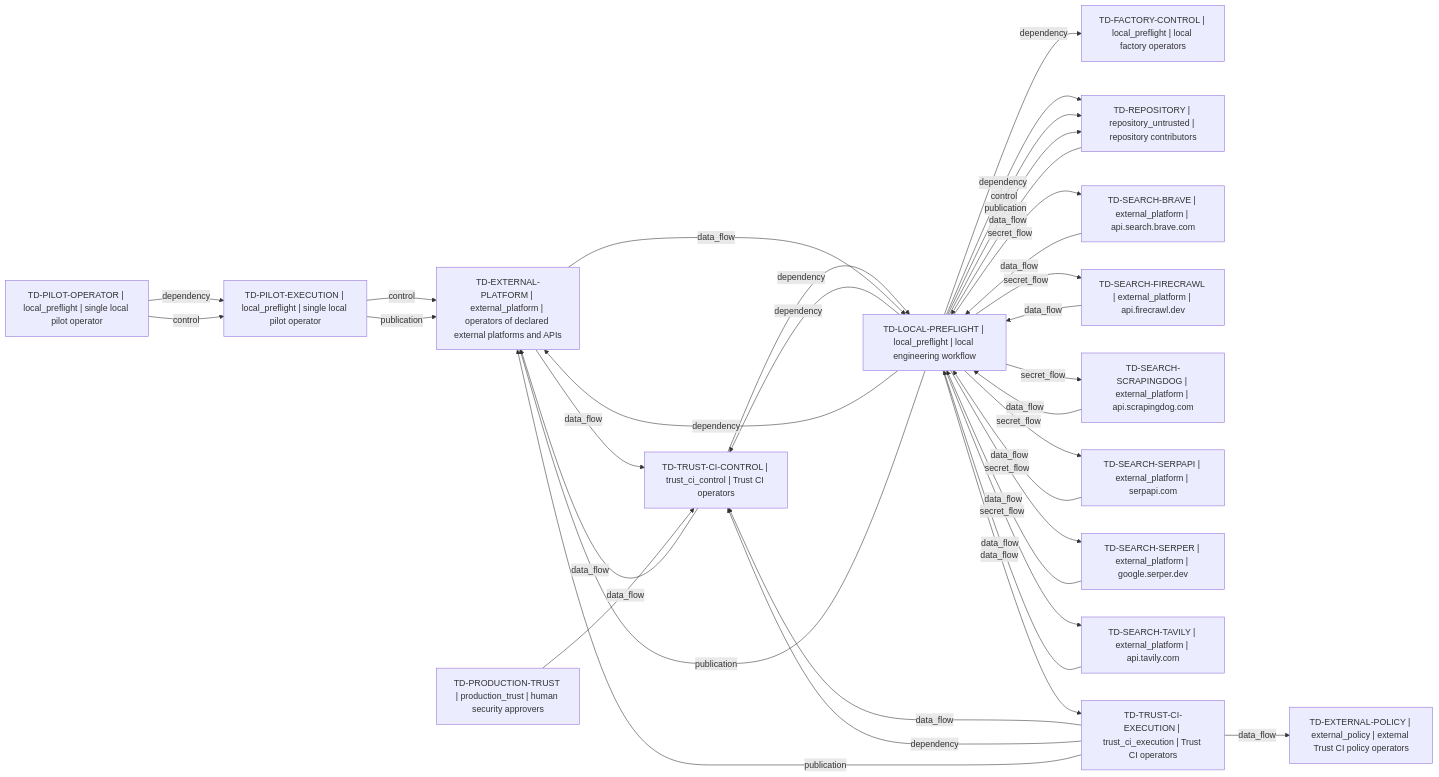
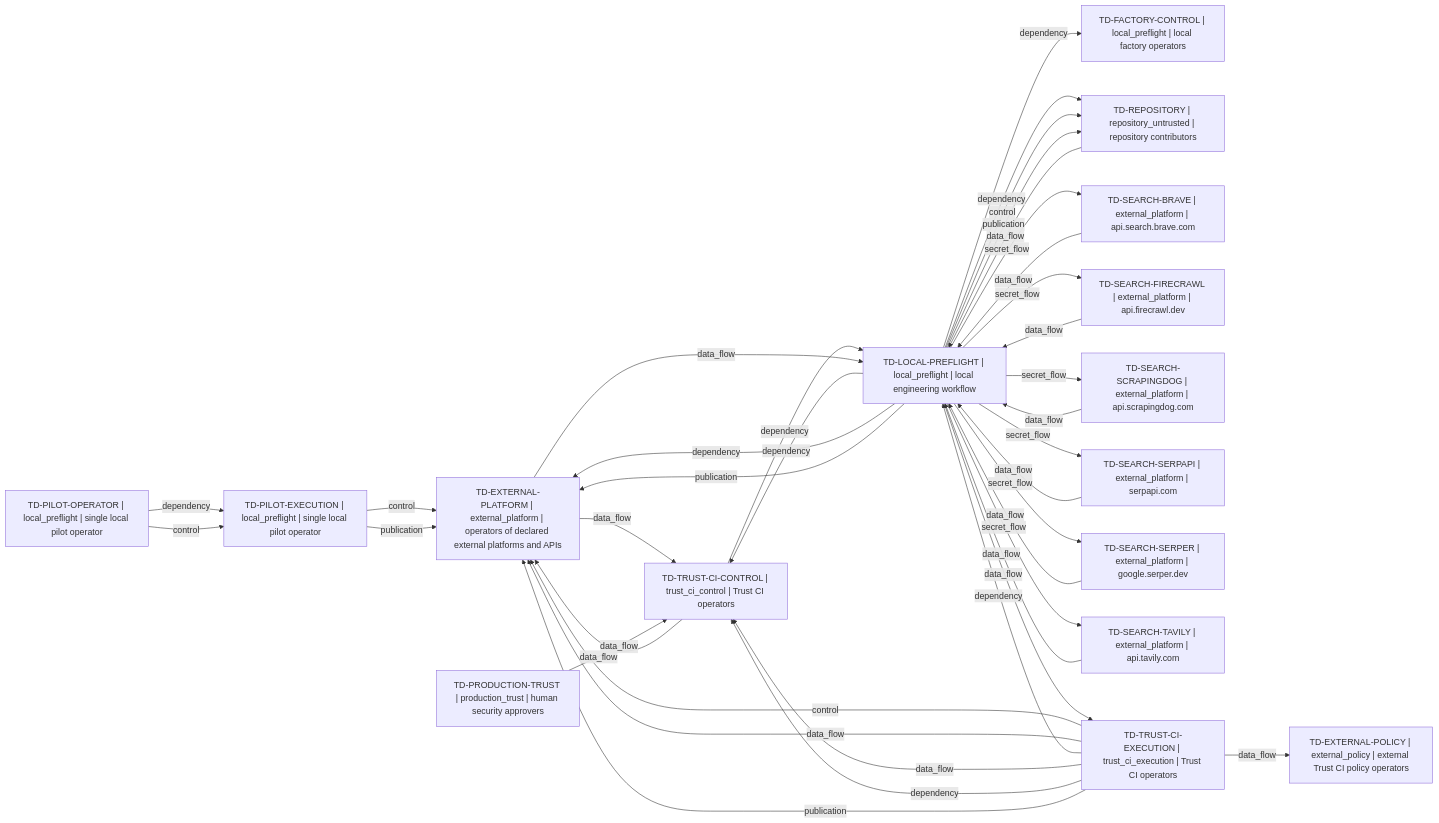
Before and after one commit to Dimkox/Getzilla: the diagram in architecture/generated/context.mmd, drawn with Mermaid. The commit also changed 26 other files, not shown here.

```diff
--- a/architecture/generated/context.mmd
+++ b/architecture/generated/context.mmd
@@ -1,51 +1,54 @@
 flowchart LR
   domain_96fb748595c57dce["TD-EXTERNAL-PLATFORM | external_platform | operators of declared external platforms and APIs"]
   domain_ece8d94ff661d9fb["TD-EXTERNAL-POLICY | external_policy | external Trust CI policy operators"]
   domain_c4152908c77524f2["TD-FACTORY-CONTROL | local_preflight | local factory operators"]
   domain_fa5ae843eb45e375["TD-LOCAL-PREFLIGHT | local_preflight | local engineering workflow"]
   domain_ecfc7e3b9c85919c["TD-PILOT-EXECUTION | local_preflight | single local pilot operator"]
   domain_29ad83586d8fa0ed["TD-PILOT-OPERATOR | local_preflight | single local pilot operator"]
   domain_93c532f149d3e2d5["TD-PRODUCTION-TRUST | production_trust | human security approvers"]
   domain_734c10023f9857a2["TD-REPOSITORY | repository_untrusted | repository contributors"]
   domain_815bd20bb4b72ad7["TD-SEARCH-BRAVE | external_platform | api.search.brave.com"]
   domain_9e274d2ea621c59b["TD-SEARCH-FIRECRAWL | external_platform | api.firecrawl.dev"]
   domain_5c6a7ad222a8854b["TD-SEARCH-SCRAPINGDOG | external_platform | api.scrapingdog.com"]
   domain_7f826574056fcf0d["TD-SEARCH-SERPAPI | external_platform | serpapi.com"]
   domain_393026d17617b4cb["TD-SEARCH-SERPER | external_platform | google.serper.dev"]
   domain_81aec69c410494bb["TD-SEARCH-TAVILY | external_platform | api.tavily.com"]
   domain_7f80d82d053144ab["TD-TRUST-CI-CONTROL | trust_ci_control | Trust CI operators"]
   domain_65e7aeb3bb37c460["TD-TRUST-CI-EXECUTION | trust_ci_execution | Trust CI operators"]
   domain_fa5ae843eb45e375 -->|"dependency"| domain_7f80d82d053144ab
   domain_734c10023f9857a2 -->|"data_flow"| domain_fa5ae843eb45e375
   domain_fa5ae843eb45e375 -->|"dependency"| domain_734c10023f9857a2
   domain_fa5ae843eb45e375 -->|"dependency"| domain_96fb748595c57dce
   domain_fa5ae843eb45e375 -->|"publication"| domain_96fb748595c57dce
   domain_96fb748595c57dce -->|"data_flow"| domain_7f80d82d053144ab
   domain_93c532f149d3e2d5 -->|"data_flow"| domain_7f80d82d053144ab
   domain_fa5ae843eb45e375 -->|"data_flow"| domain_65e7aeb3bb37c460
   domain_7f80d82d053144ab -->|"data_flow"| domain_96fb748595c57dce
   domain_ecfc7e3b9c85919c -->|"control"| domain_96fb748595c57dce
   domain_29ad83586d8fa0ed -->|"dependency"| domain_ecfc7e3b9c85919c
   domain_ecfc7e3b9c85919c -->|"publication"| domain_96fb748595c57dce
   domain_29ad83586d8fa0ed -->|"control"| domain_ecfc7e3b9c85919c
+  domain_65e7aeb3bb37c460 -->|"control"| domain_96fb748595c57dce
+  domain_65e7aeb3bb37c460 -->|"data_flow"| domain_96fb748595c57dce
+  domain_65e7aeb3bb37c460 -->|"dependency"| domain_fa5ae843eb45e375
   domain_7f80d82d053144ab -->|"dependency"| domain_fa5ae843eb45e375
   domain_65e7aeb3bb37c460 -->|"data_flow"| domain_7f80d82d053144ab
   domain_65e7aeb3bb37c460 -->|"dependency"| domain_7f80d82d053144ab
   domain_fa5ae843eb45e375 -->|"control"| domain_734c10023f9857a2
   domain_65e7aeb3bb37c460 -->|"data_flow"| domain_ece8d94ff661d9fb
   domain_fa5ae843eb45e375 -->|"secret_flow"| domain_815bd20bb4b72ad7
   domain_815bd20bb4b72ad7 -->|"data_flow"| domain_fa5ae843eb45e375
   domain_fa5ae843eb45e375 -->|"secret_flow"| domain_9e274d2ea621c59b
   domain_9e274d2ea621c59b -->|"data_flow"| domain_fa5ae843eb45e375
   domain_fa5ae843eb45e375 -->|"secret_flow"| domain_5c6a7ad222a8854b
   domain_5c6a7ad222a8854b -->|"data_flow"| domain_fa5ae843eb45e375
   domain_96fb748595c57dce -->|"data_flow"| domain_fa5ae843eb45e375
   domain_fa5ae843eb45e375 -->|"secret_flow"| domain_7f826574056fcf0d
   domain_7f826574056fcf0d -->|"data_flow"| domain_fa5ae843eb45e375
   domain_fa5ae843eb45e375 -->|"secret_flow"| domain_393026d17617b4cb
   domain_393026d17617b4cb -->|"data_flow"| domain_fa5ae843eb45e375
   domain_fa5ae843eb45e375 -->|"secret_flow"| domain_81aec69c410494bb
   domain_81aec69c410494bb -->|"data_flow"| domain_fa5ae843eb45e375
   domain_fa5ae843eb45e375 -->|"dependency"| domain_c4152908c77524f2
   domain_65e7aeb3bb37c460 -->|"publication"| domain_96fb748595c57dce
   domain_fa5ae843eb45e375 -->|"publication"| domain_734c10023f9857a2
```
